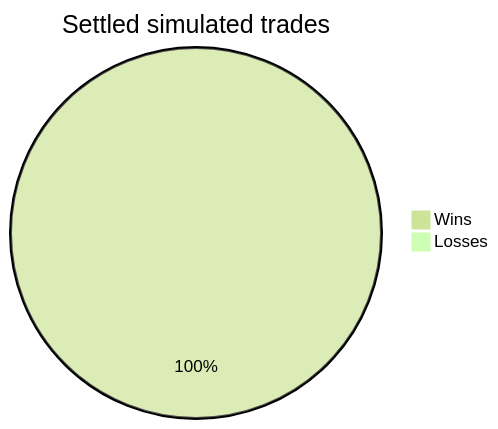
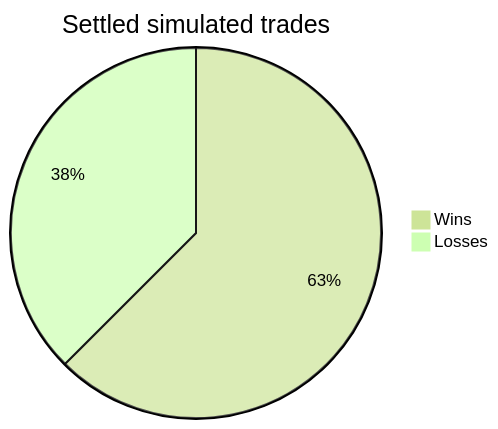
One commit to cheeseonamonkey/PaperLab changed the diagram in docs/bots/btc_momentum.md. Above: the diagram before and after it, drawn with Mermaid (forest theme). The commit also changed other lines of this file and 34 other files, not shown here.

````diff
--- a/docs/bots/btc_momentum.md
+++ b/docs/bots/btc_momentum.md
@@ -22,5 +22,5 @@
 ```mermaid
 pie title Settled simulated trades
-    "Wins" : 1
-    "Losses" : 0
+    "Wins" : 5
+    "Losses" : 3
 ```
````
